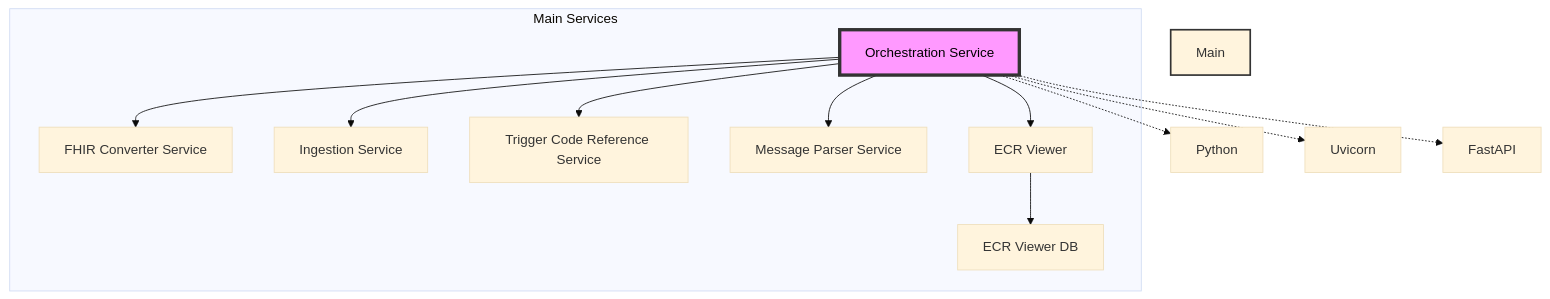
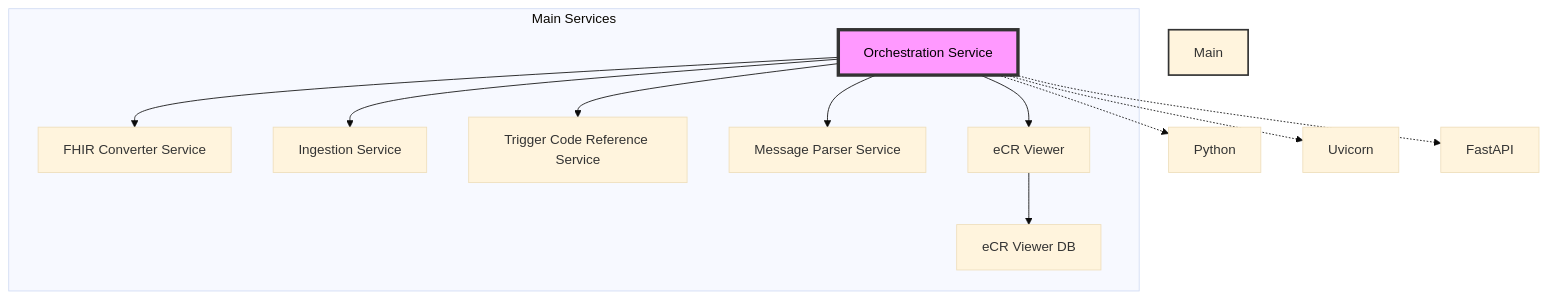
One commit to CDCgov/dibbs-ecr-viewer changed the first of 2 diagrams in containers/orchestration/README.md. Above: the diagram before and after it, drawn with Mermaid (base theme). The commit also changed 17 other files, not shown here.

````diff
--- a/containers/orchestration/README.md
+++ b/containers/orchestration/README.md
@@ -110,23 +110,23 @@
 ```mermaid
 graph TD
     subgraph Main Services
         A[Orchestration Service]
         A --> B[FHIR Converter Service]
         A --> C[Ingestion Service]
         A --> D[Trigger Code Reference Service]
         A --> E[Message Parser Service]
-        A --> F[ECR Viewer]
-        F --> G[ECR Viewer DB]
+        A --> F[eCR Viewer]
+        F --> G[eCR Viewer DB]
     end
 
     M[Python]
     N[Uvicorn]
     O[FastAPI]
 
     A -.-> M
     A -.-> N
     A -.-> O
 
     style A fill:#f9f,stroke:#333,stroke-width:4px,color:#000
     style Main Services fill:#bbf,stroke:#333,stroke-width:2px
 ```
````
